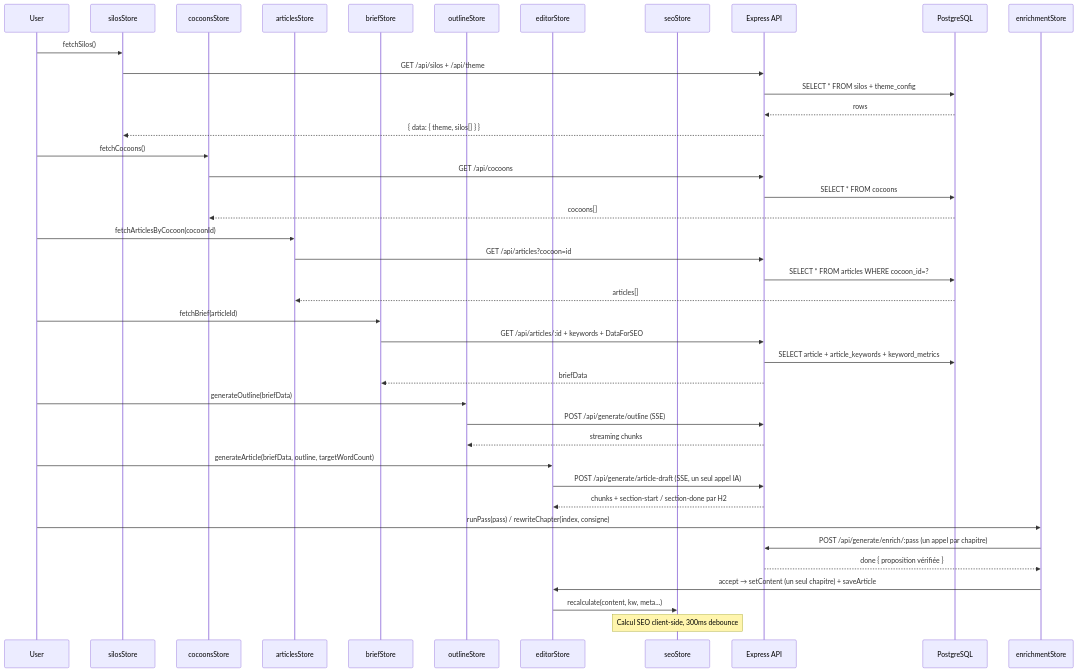
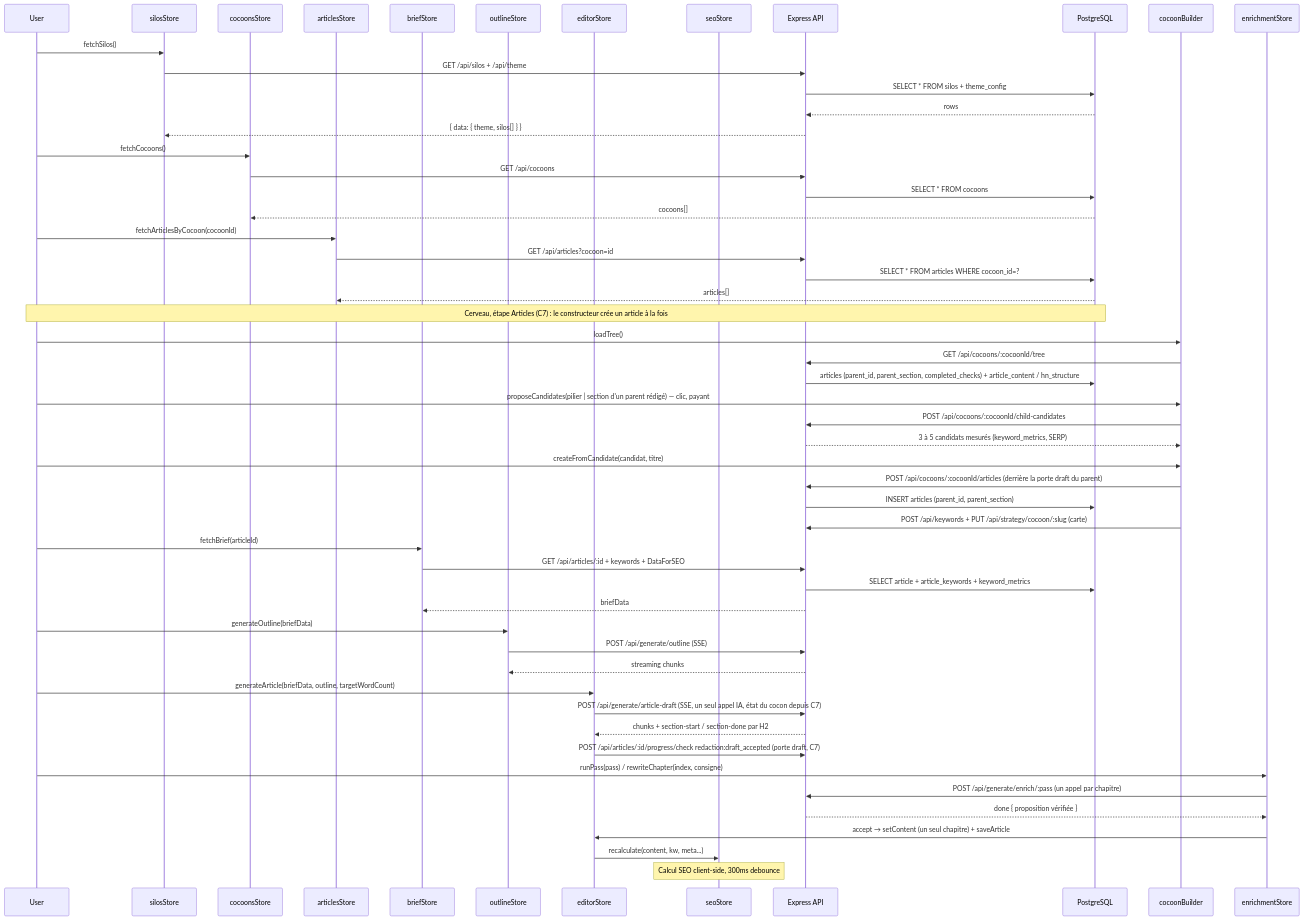
One commit to annubis-knight/Blog_Redactor_SEO changed the fourth of 25 diagrams in docs/ARCHITECTURE_FLOWS.md. Above: the diagram before and after it, drawn with Mermaid. The commit also changed other lines of this file and 20 other files, not shown here.

First line of the commit message:
docs: le cocon né du pilier versé au PRD, au registre et à l'épopée

````diff
--- a/docs/ARCHITECTURE_FLOWS.md
+++ b/docs/ARCHITECTURE_FLOWS.md
@@ -258,50 +259,63 @@
 ```mermaid
 sequenceDiagram
     participant User
     participant silosStore
     participant cocoonsStore
     participant articlesStore
     participant briefStore
     participant outlineStore
     participant editorStore
     participant seoStore
     participant API as Express API
     participant PG as PostgreSQL
 
     User->>silosStore: fetchSilos()
     silosStore->>API: GET /api/silos + /api/theme
     API->>PG: SELECT * FROM silos + theme_config
     PG-->>API: rows
     API-->>silosStore: { data: { theme, silos[] } }
 
     User->>cocoonsStore: fetchCocoons()
     cocoonsStore->>API: GET /api/cocoons
     API->>PG: SELECT * FROM cocoons
     PG-->>cocoonsStore: cocoons[]
 
     User->>articlesStore: fetchArticlesByCocoon(cocoonId)
     articlesStore->>API: GET /api/articles?cocoon=id
     API->>PG: SELECT * FROM articles WHERE cocoon_id=?
     PG-->>articlesStore: articles[]
 
+    Note over User,PG: Cerveau, étape Articles (C7) : le constructeur crée un article à la fois
+    User->>cocoonBuilder: loadTree()
+    cocoonBuilder->>API: GET /api/cocoons/:cocoonId/tree
+    API->>PG: articles (parent_id, parent_section, completed_checks) + article_content / hn_structure
+    User->>cocoonBuilder: proposeCandidates(pilier | section d'un parent rédigé) — clic, payant
+    cocoonBuilder->>API: POST /api/cocoons/:cocoonId/child-candidates
+    API-->>cocoonBuilder: 3 à 5 candidats mesurés (keyword_metrics, SERP)
+    User->>cocoonBuilder: createFromCandidate(candidat, titre)
+    cocoonBuilder->>API: POST /api/cocoons/:cocoonId/articles (derrière la porte draft du parent)
+    API->>PG: INSERT articles (parent_id, parent_section)
+    cocoonBuilder->>API: POST /api/keywords + PUT /api/strategy/cocoon/:slug (carte)
+
     User->>briefStore: fetchBrief(articleId)
     briefStore->>API: GET /api/articles/:id + keywords + DataForSEO
     API->>PG: SELECT article + article_keywords + keyword_metrics
     API-->>briefStore: briefData
 
     User->>outlineStore: generateOutline(briefData)
     outlineStore->>API: POST /api/generate/outline (SSE)
     API-->>outlineStore: streaming chunks
 
     User->>editorStore: generateArticle(briefData, outline, targetWordCount)
-    editorStore->>API: POST /api/generate/article-draft (SSE, un seul appel IA)
+    editorStore->>API: POST /api/generate/article-draft (SSE, un seul appel IA, état du cocon depuis C7)
     API-->>editorStore: chunks + section-start / section-done par H2
+    editorStore->>API: POST /api/articles/:id/progress/check redaction:draft_accepted (porte draft, C7)
 
     User->>enrichmentStore: runPass(pass) / rewriteChapter(index, consigne)
     enrichmentStore->>API: POST /api/generate/enrich/:pass (un appel par chapitre)
     API-->>enrichmentStore: done { proposition vérifiée }
     enrichmentStore->>editorStore: accept → setContent (un seul chapitre) + saveArticle
 
     editorStore->>seoStore: recalculate(content, kw, meta...)
     Note over seoStore: Calcul SEO client-side, 300ms debounce
 ```
````
